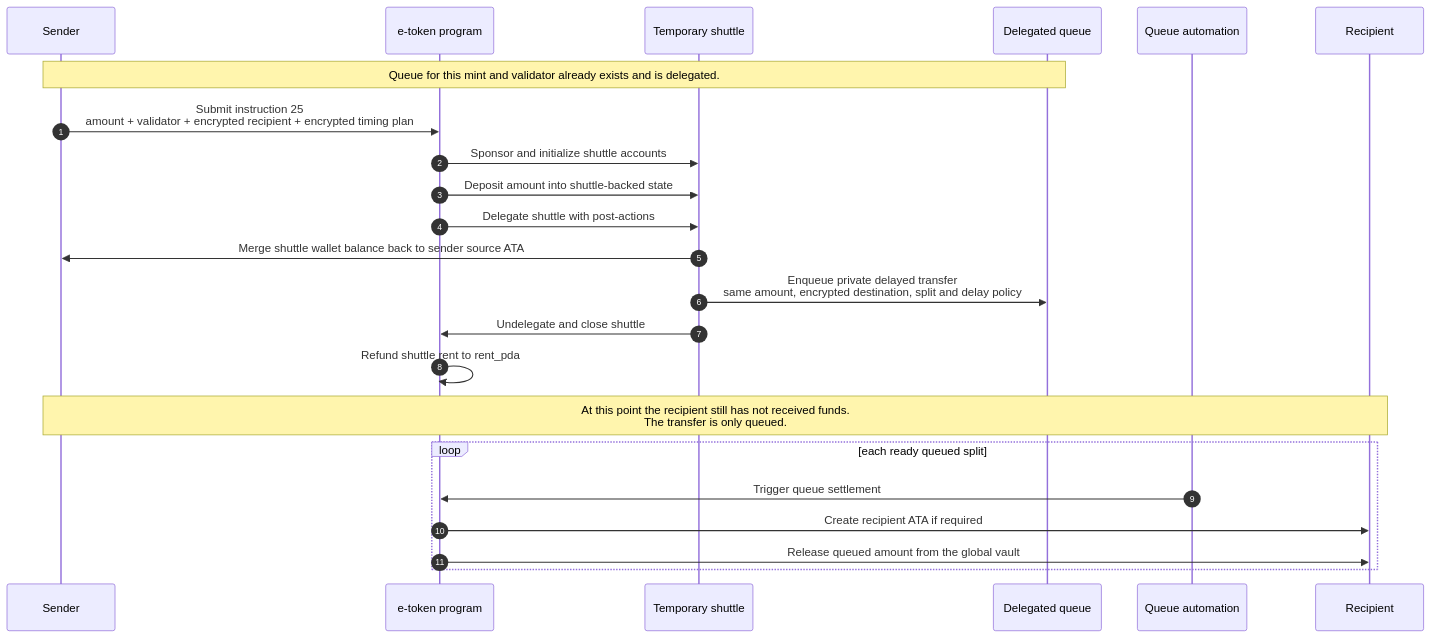
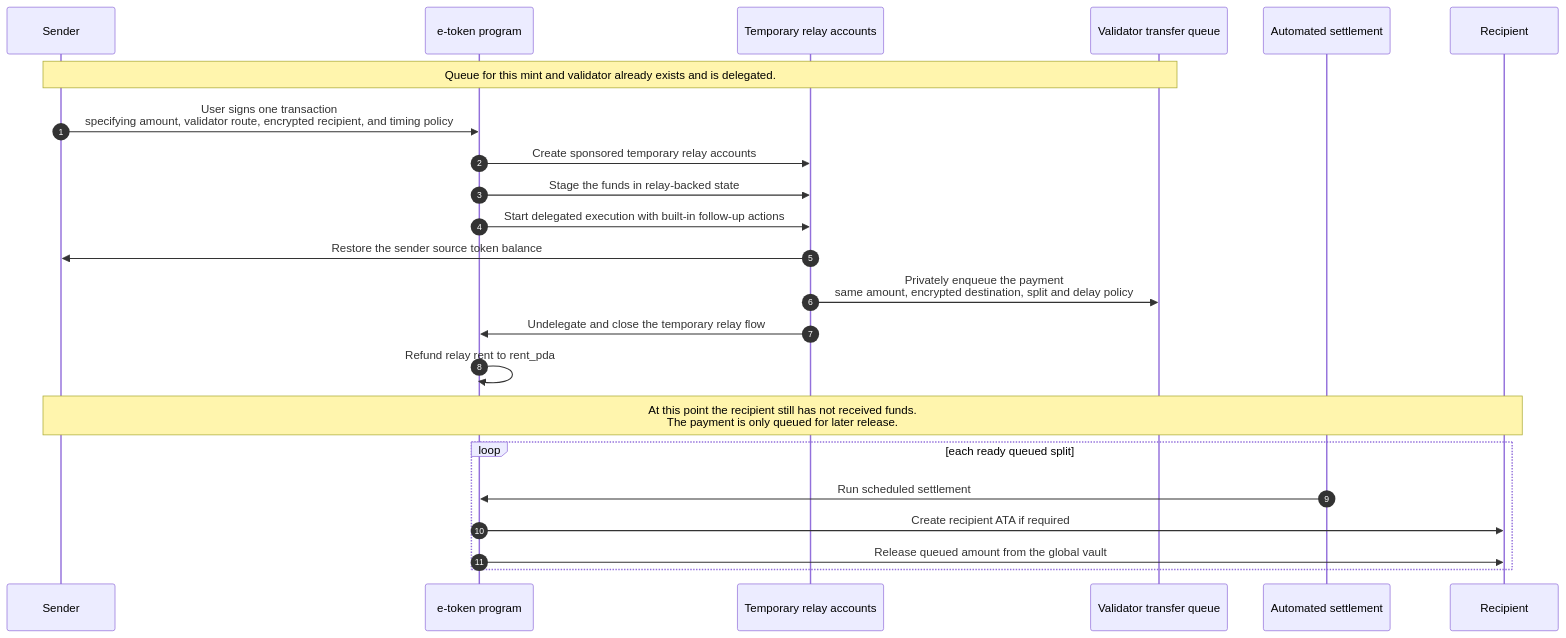
The second of 3 diagrams in docs/docs.MD (magicblock-labs/ephemeral-spl-token), drawn with Mermaid before and after one commit.

Commit message:
chore: simplify

````diff
--- a/docs/docs.MD
+++ b/docs/docs.MD
@@ -68,30 +68,30 @@
 ```mermaid
 sequenceDiagram
     autonumber
     participant U as Sender
     participant ET as e-token program
-    participant SH as Temporary shuttle
-    participant Q as Delegated queue
-    participant MG as Queue automation
+    participant SH as Temporary relay accounts
+    participant Q as Validator transfer queue
+    participant MG as Automated settlement
     participant R as Recipient
 
     Note over U,Q: Queue for this mint and validator already exists and is delegated.
 
-    U->>ET: Submit instruction 25<br/>amount + validator + encrypted recipient + encrypted timing plan
-    ET->>SH: Sponsor and initialize shuttle accounts
-    ET->>SH: Deposit amount into shuttle-backed state
-    ET->>SH: Delegate shuttle with post-actions
+    U->>ET: User signs one transaction<br/>specifying amount, validator route, encrypted recipient, and timing policy
+    ET->>SH: Create sponsored temporary relay accounts
+    ET->>SH: Stage the funds in relay-backed state
+    ET->>SH: Start delegated execution with built-in follow-up actions
 
-    SH->>U: Merge shuttle wallet balance back to sender source ATA
-    SH->>Q: Enqueue private delayed transfer<br/>same amount, encrypted destination, split and delay policy
-    SH->>ET: Undelegate and close shuttle
-    ET->>ET: Refund shuttle rent to rent_pda
+    SH->>U: Restore the sender source token balance
+    SH->>Q: Privately enqueue the payment<br/>same amount, encrypted destination, split and delay policy
+    SH->>ET: Undelegate and close the temporary relay flow
+    ET->>ET: Refund relay rent to rent_pda
 
-    Note over U,R: At this point the recipient still has not received funds.<br/>The transfer is only queued.
+    Note over U,R: At this point the recipient still has not received funds.<br/>The payment is only queued for later release.
 
     loop each ready queued split
-        MG->>ET: Trigger queue settlement
+        MG->>ET: Run scheduled settlement
         ET->>R: Create recipient ATA if required
         ET->>R: Release queued amount from the global vault
     end
 ```
````
